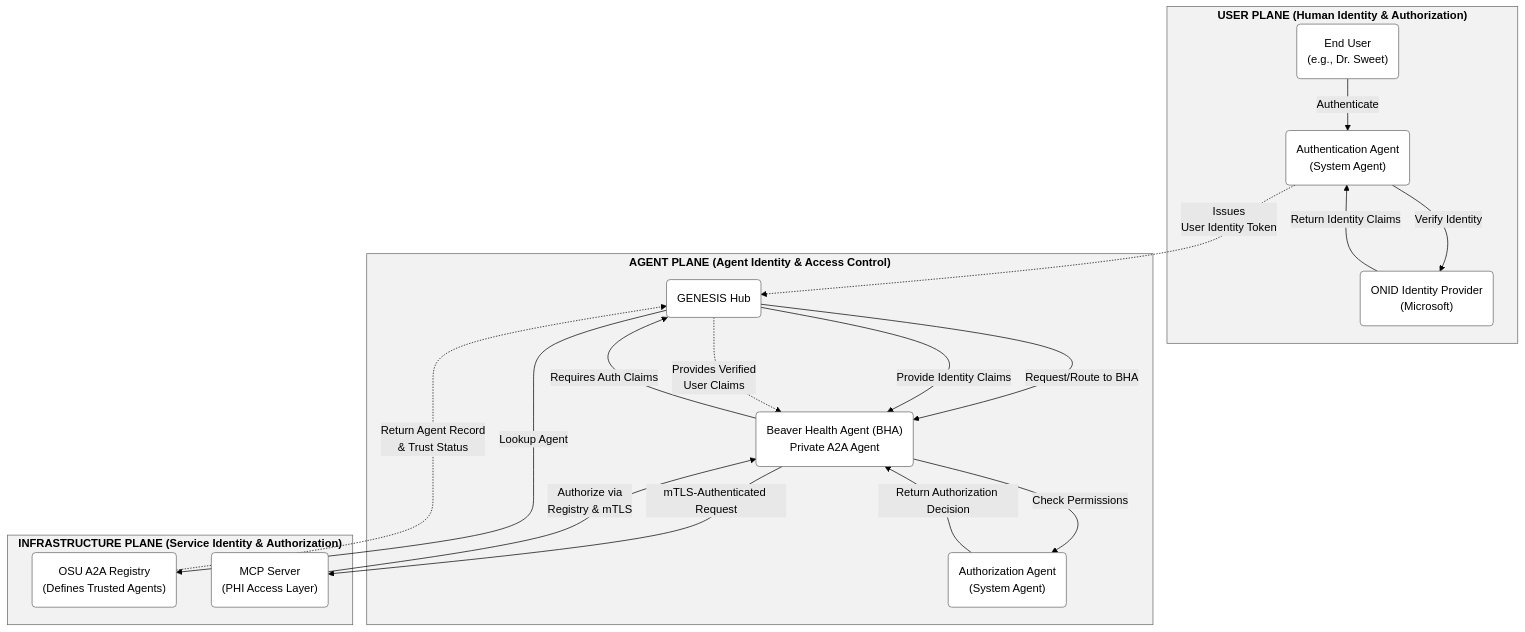
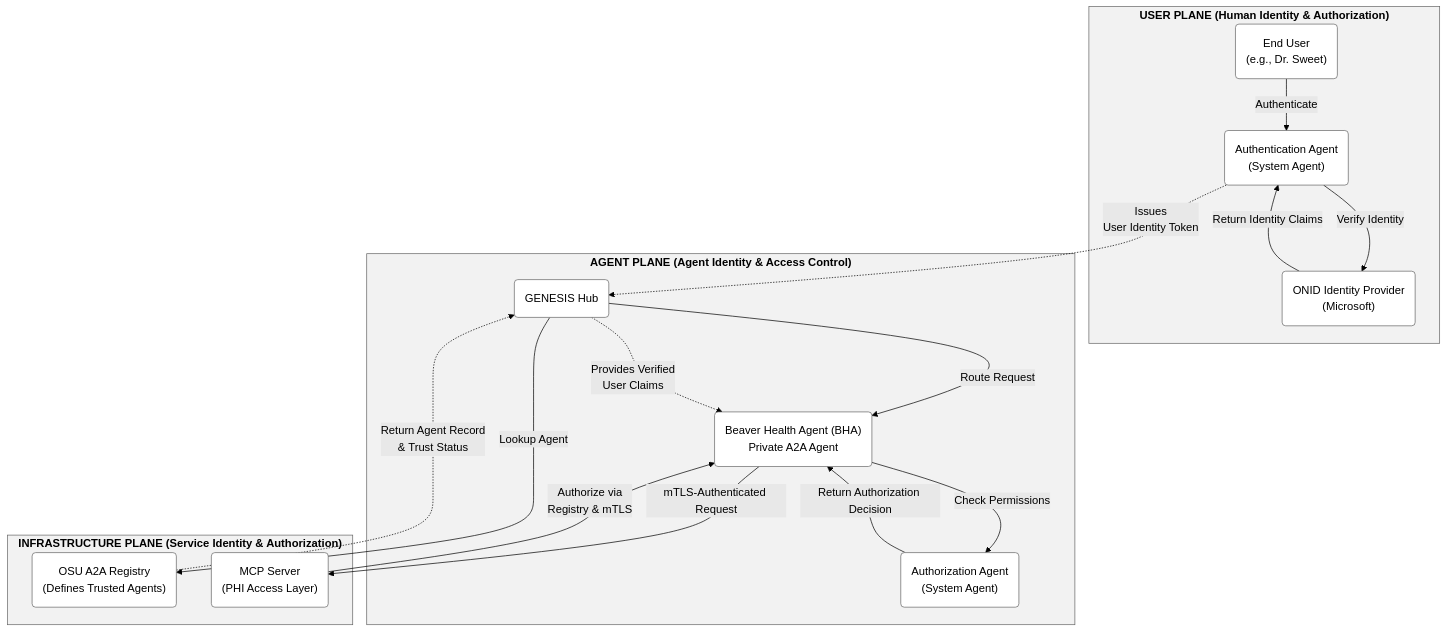
Before and after one commit to OpenBeavs/Cyrano-de-Bergerac-A2A-Secure: the diagram in Architecture/trust-planes.md, drawn with Mermaid (forest theme).

Commit message:
Simplify trust-planes diagram: remove redundant auth-claims edges
Remove the Hub-BHA "Requires Auth Claims" and "Provide Identity Claims"
edges from the Agent Plane. The cross-plane dashed arrows already show
claims flowing AuthAgent -> Hub -> BHA. Each plane now has 3 edges.

````diff
--- a/Architecture/trust-planes.md
+++ b/Architecture/trust-planes.md
@@ -15,39 +15,37 @@
 ```mermaid
 flowchart TB
     classDef plane fill:#f2f2f2,stroke:#666,stroke-width:1px,color:#000,font-weight:bold
     classDef component fill:#ffffff,stroke:#666,stroke-width:1px
     
     subgraph UserPlane["USER PLANE (Human Identity & Authorization)"]
         User("End User<br/>(e.g., Dr. Sweet)"):::component
         AuthAgent("Authentication Agent<br/>(System Agent)"):::component
         ONID("ONID Identity Provider<br/>(Microsoft)"):::component
         User -->|"Authenticate"| AuthAgent
         AuthAgent -->|"Verify Identity"| ONID
         ONID -->|"Return Identity Claims"| AuthAgent
     end
     
     subgraph AgentPlane["AGENT PLANE (Agent Identity & Access Control)"]
         Hub("GENESIS Hub"):::component
         BHA("Beaver Health Agent (BHA)<br/>Private A2A Agent"):::component
         AuthzAgent("Authorization Agent<br/>(System Agent)"):::component
-        Hub -->|"Request/Route to BHA"| BHA
-        BHA -->|"Requires Auth Claims"| Hub
-        Hub -->|"Provide Identity Claims"| BHA
+        Hub -->|"Route Request"| BHA
         BHA -->|"Check Permissions"| AuthzAgent
         AuthzAgent -->|"Return Authorization Decision"| BHA
     end
     
     subgraph InfraPlane["INFRASTRUCTURE PLANE (Service Identity & Authorization)"]
         Registry("OSU A2A Registry<br/>(Defines Trusted Agents)"):::component
         MCP("MCP Server<br/>(PHI Access Layer)"):::component
         Hub -->|"Lookup Agent"| Registry
         Registry -.->|"Return Agent Record<br/>& Trust Status"| Hub
         BHA -->|"mTLS-Authenticated Request"| MCP
         MCP -->|"Authorize via<br/>Registry & mTLS"| BHA
     end
     
     AuthAgent -.->|"Issues<br/>User Identity Token"| Hub
     Hub -.->|"Provides Verified<br/>User Claims"| BHA
     
     class UserPlane,AgentPlane,InfraPlane plane
 ```
````
